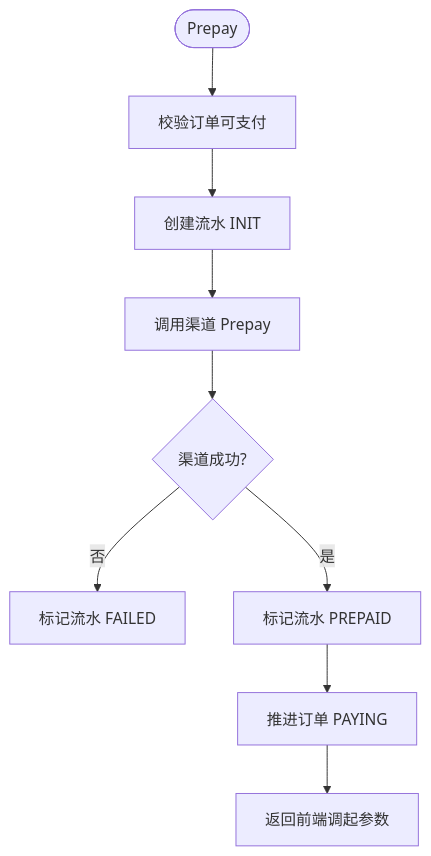
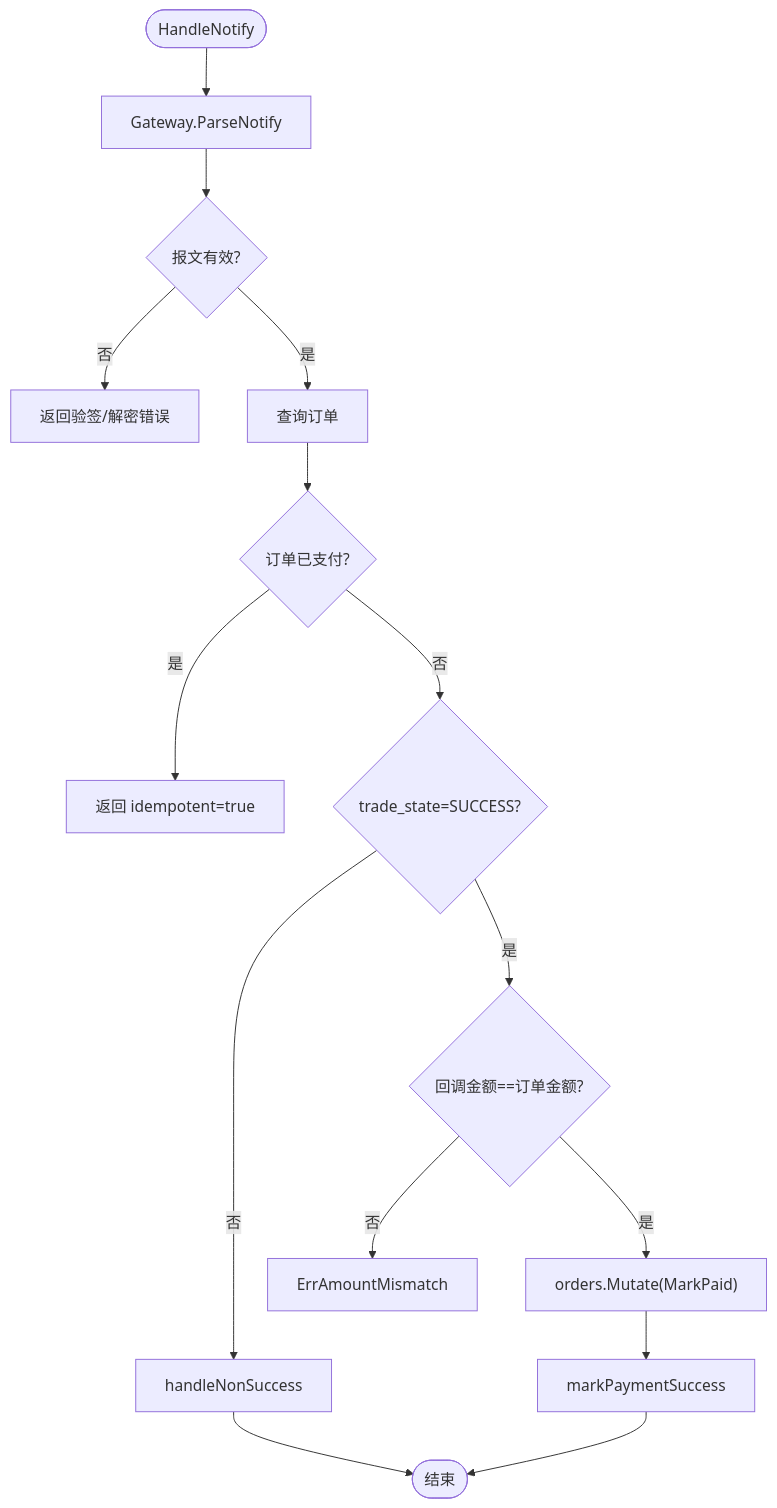
Before and after one commit to gbtdesign/payment: the seventh of 9 diagrams in .qoder/repowiki/zh/content/开发指南.md, drawn with Mermaid. The commit also changed other lines of this file and 107 other files, not shown here.

````diff
--- a/.qoder/repowiki/zh/content/开发指南.md
+++ b/.qoder/repowiki/zh/content/开发指南.md
@@ -332,11 +312,17 @@
 ```mermaid
 flowchart TD
-PStart(["Prepay"]) --> CheckOrder["校验订单可支付"]
-CheckOrder --> CreatePayment["创建流水 INIT"]
-CreatePayment --> CallGateway["调用渠道 Prepay"]
-CallGateway --> GatewayOK{"渠道成功?"}
-GatewayOK --> |否| MarkFailed["标记流水 FAILED"]
-GatewayOK --> |是| MarkPrepaid["标记流水 PREPAID"]
-MarkPrepaid --> MarkOrderPaying["推进订单 PAYING"]
-MarkOrderPaying --> ReturnPrepay["返回前端调起参数"]
+Start(["HandleNotify"]) --> Parse["Gateway.ParseNotify"]
+Parse --> Payload{"报文有效?"}
+Payload --> |否| ErrVerify["返回验签/解密错误"]
+Payload --> |是| GetOrder["查询订单"]
+GetOrder --> Idempotent{"订单已支付?"}
+Idempotent --> |是| ReturnIdem["返回 idempotent=true"]
+Idempotent --> |否| SuccessCheck{"trade_state=SUCCESS?"}
+SuccessCheck --> |否| NonSuccess["handleNonSuccess"]
+NonSuccess --> End(["结束"])
+SuccessCheck --> |是| AmountCheck{"回调金额==订单金额?"}
+AmountCheck --> |否| ErrAmount["ErrAmountMismatch"]
+AmountCheck --> |是| MutateOrder["orders.Mutate(MarkPaid)"]
+MutateOrder --> MarkPayment["markPaymentSuccess"]
+MarkPayment --> End
 ```
````
